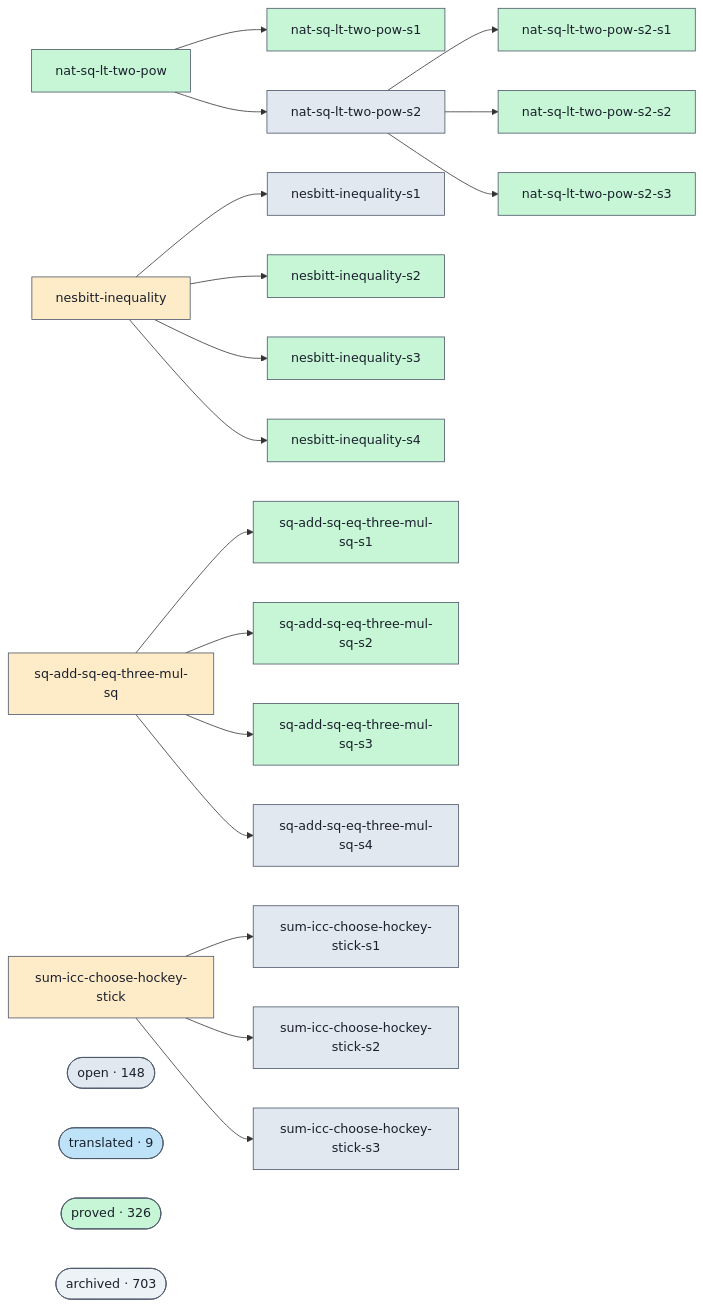
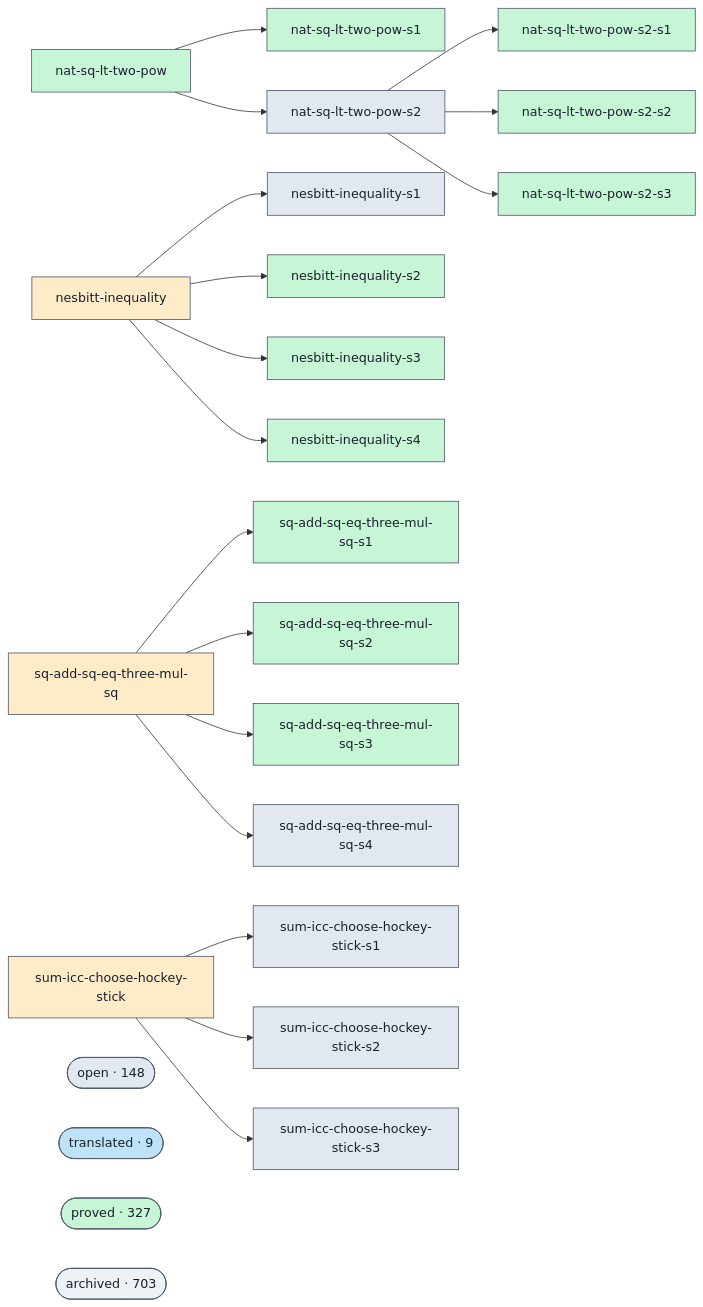
Before and after one commit to ohdearquant/unsorry: the diagram in docs/proofs-contributors-visualisation.md, drawn with Mermaid. The commit also changed other lines of this file and 2 other files, not shown here.

```diff
--- a/docs/proofs-contributors-visualisation.md
+++ b/docs/proofs-contributors-visualisation.md
@@ -102,7 +102,7 @@
   class cluster_open open;
   cluster_translated(["translated · 9"])
   class cluster_translated translated;
-  cluster_proved(["proved · 326"])
+  cluster_proved(["proved · 327"])
   class cluster_proved proved;
   cluster_archived(["archived · 703"])
   class cluster_archived unknown;
```
